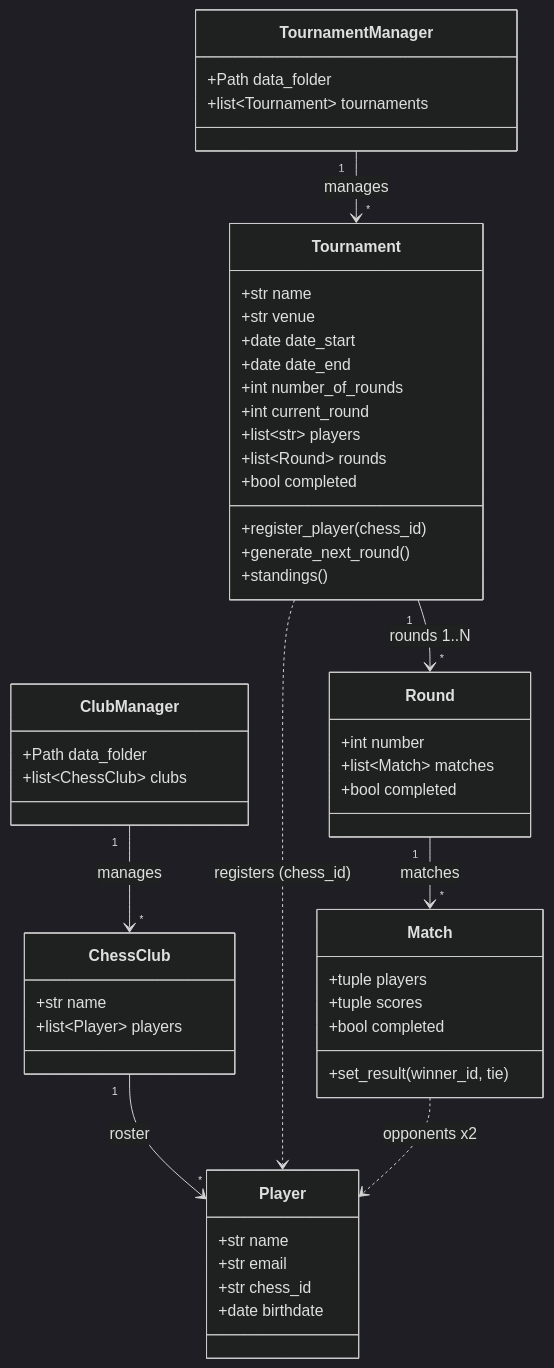
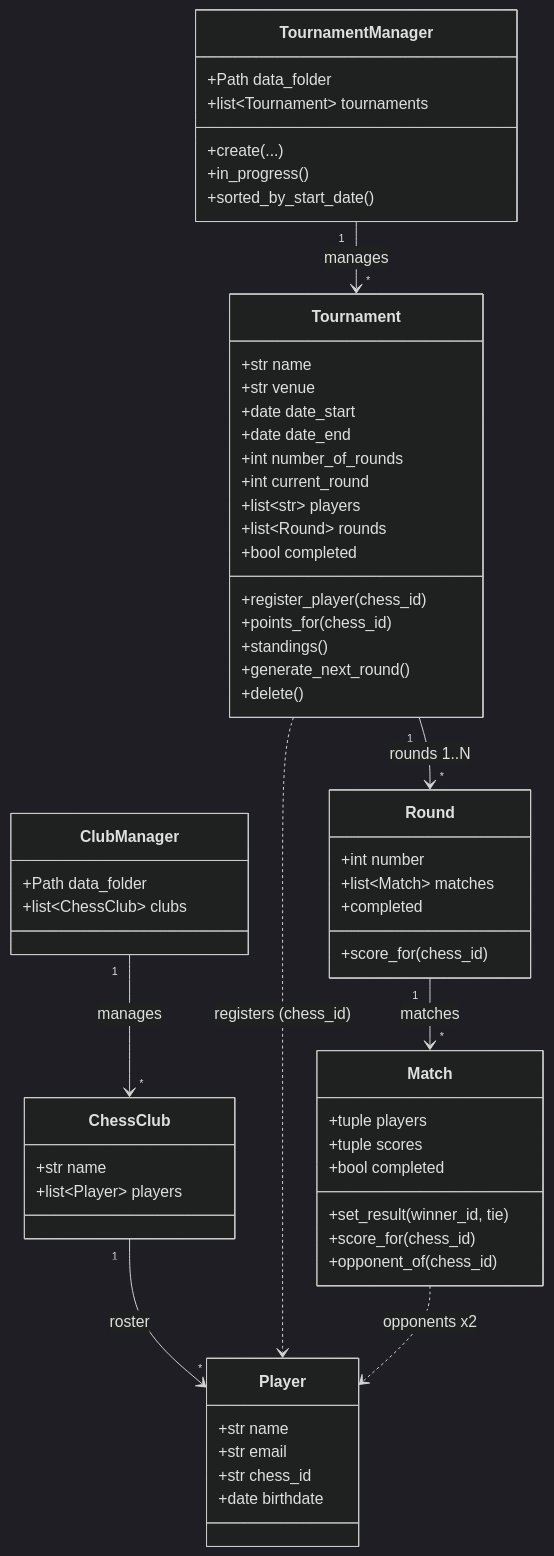
Before and after one commit to ahmadiabubaker/Chess-Project-OpenClassroom: the second of 3 diagrams in DESIGN.md, drawn with Mermaid (dark theme). The commit also changed other lines of this file and 13 other files, not shown here.

````diff
--- a/DESIGN.md
+++ b/DESIGN.md
@@ -72,54 +71,62 @@
 ```mermaid
 classDiagram
     class ClubManager {
         +Path data_folder
         +list~ChessClub~ clubs
     }
     class ChessClub {
         +str name
         +list~Player~ players
     }
     class Player {
         +str name
         +str email
         +str chess_id
         +date birthdate
     }
     class TournamentManager {
         +Path data_folder
         +list~Tournament~ tournaments
+        +create(...)
+        +in_progress()
+        +sorted_by_start_date()
     }
     class Tournament {
         +str name
         +str venue
         +date date_start
         +date date_end
         +int number_of_rounds
         +int current_round
         +list~str~ players
         +list~Round~ rounds
         +bool completed
         +register_player(chess_id)
+        +points_for(chess_id)
+        +standings()
         +generate_next_round()
-        +standings()
+        +delete()
     }
     class Round {
         +int number
         +list~Match~ matches
-        +bool completed
+        +completed
+        +score_for(chess_id)
     }
     class Match {
         +tuple players
         +tuple scores
         +bool completed
         +set_result(winner_id, tie)
+        +score_for(chess_id)
+        +opponent_of(chess_id)
     }
 
     ClubManager "1" --> "*" ChessClub : manages
     ChessClub "1" --> "*" Player : roster
     TournamentManager "1" --> "*" Tournament : manages
     Tournament "1" --> "*" Round : rounds 1..N
     Round "1" --> "*" Match : matches
     Tournament ..> Player : registers (chess_id)
     Match ..> Player : opponents x2
 ```
````
